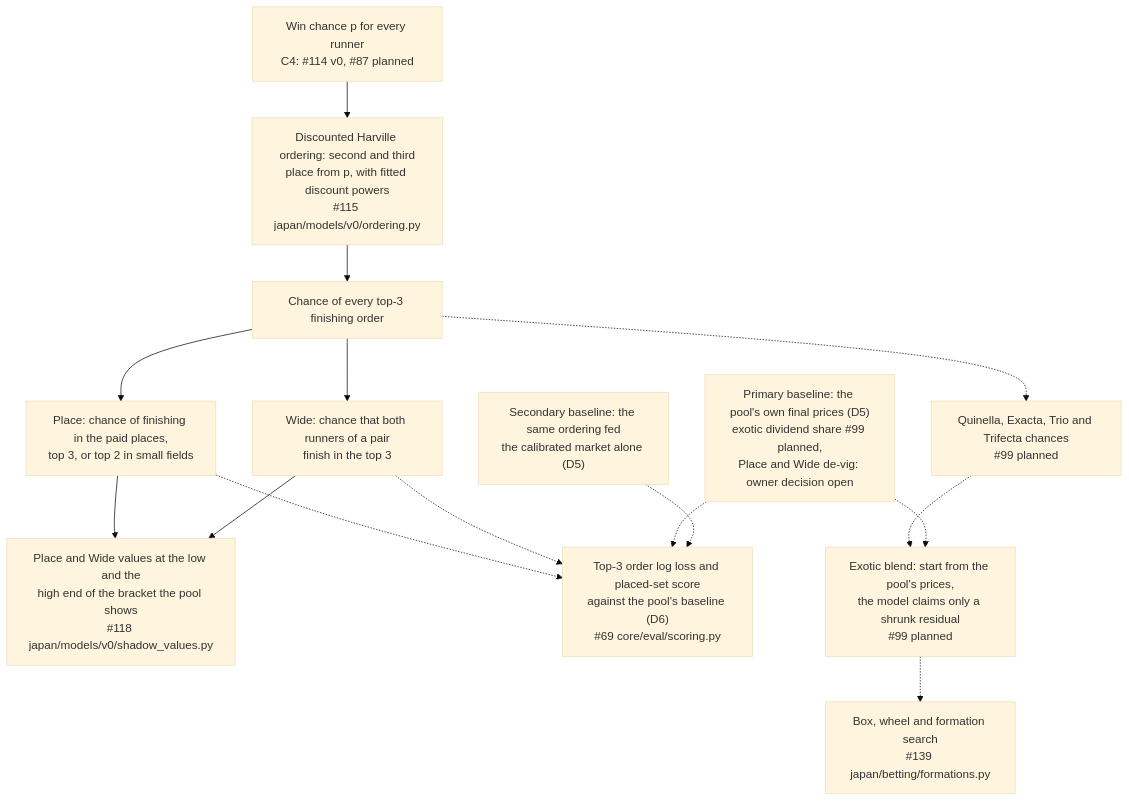
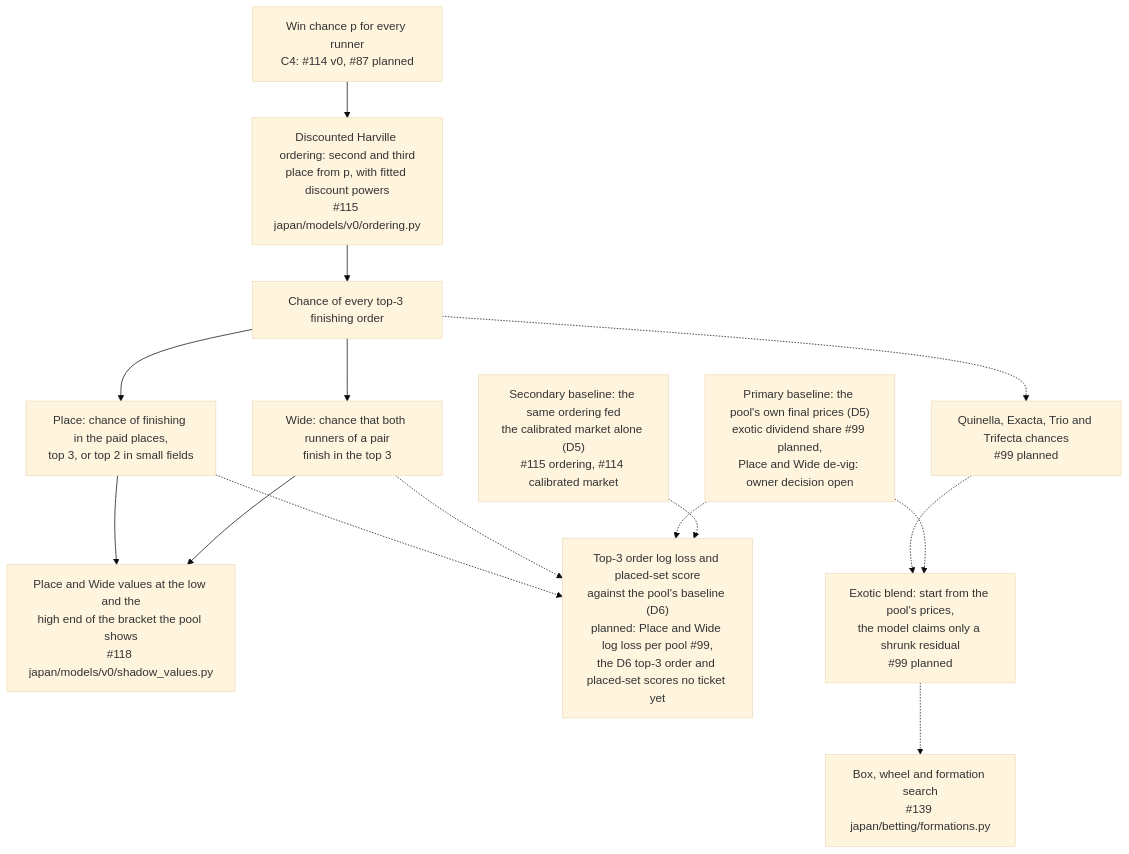
The fourth of 6 diagrams in docs/modeling.md (rjeskuri/HorseTrackBetting), drawn with Mermaid (base theme) before and after one commit. The commit also changed other lines of this file, not shown here.

First line of the commit message:
Fix the scoring and Family L paths in the modeling diagrams (#299)

````diff
--- a/docs/modeling.md
+++ b/docs/modeling.md
@@ -165,29 +169,29 @@
 ```mermaid
 flowchart TD
     WIN["Win chance p for every runner<br/>C4: #114 v0, #87 planned"]
     ORD["Discounted Harville ordering: second and third<br/>place from p, with fitted discount powers<br/>#115 japan/models/v0/ordering.py"]
     TOP3["Chance of every top-3 finishing order"]
     PLACE["Place: chance of finishing in the paid places,<br/>top 3, or top 2 in small fields"]
     WIDE["Wide: chance that both runners of a pair<br/>finish in the top 3"]
     EXO["Quinella, Exacta, Trio and Trifecta chances<br/>#99 planned"]
     BRK["Place and Wide values at the low and the<br/>high end of the bracket the pool shows<br/>#118 japan/models/v0/shadow_values.py"]
     POOL["Primary baseline: the pool's own final prices (D5)<br/>exotic dividend share #99 planned,<br/>Place and Wide de-vig: owner decision open"]
-    DERIV["Secondary baseline: the same ordering fed<br/>the calibrated market alone (D5)"]
-    SCORE["Top-3 order log loss and placed-set score<br/>against the pool's baseline (D6)<br/>#69 core/eval/scoring.py"]
+    DERIV["Secondary baseline: the same ordering fed<br/>the calibrated market alone (D5)<br/>#115 ordering, #114 calibrated market"]
+    SCORE["Top-3 order log loss and placed-set score<br/>against the pool's baseline (D6)<br/>planned: Place and Wide log loss per pool #99,<br/>the D6 top-3 order and placed-set scores no ticket yet"]
     BLEND["Exotic blend: start from the pool's prices,<br/>the model claims only a shrunk residual<br/>#99 planned"]
     FORM["Box, wheel and formation search<br/>#139 japan/betting/formations.py"]
     WIN --> ORD
     ORD --> TOP3
     TOP3 --> PLACE
     TOP3 --> WIDE
     TOP3 -.-> EXO
     PLACE --> BRK
     WIDE --> BRK
     PLACE -.-> SCORE
     WIDE -.-> SCORE
     POOL -.-> SCORE
     DERIV -.-> SCORE
     EXO -.-> BLEND
     POOL -.-> BLEND
     BLEND -.-> FORM
 ```
````
